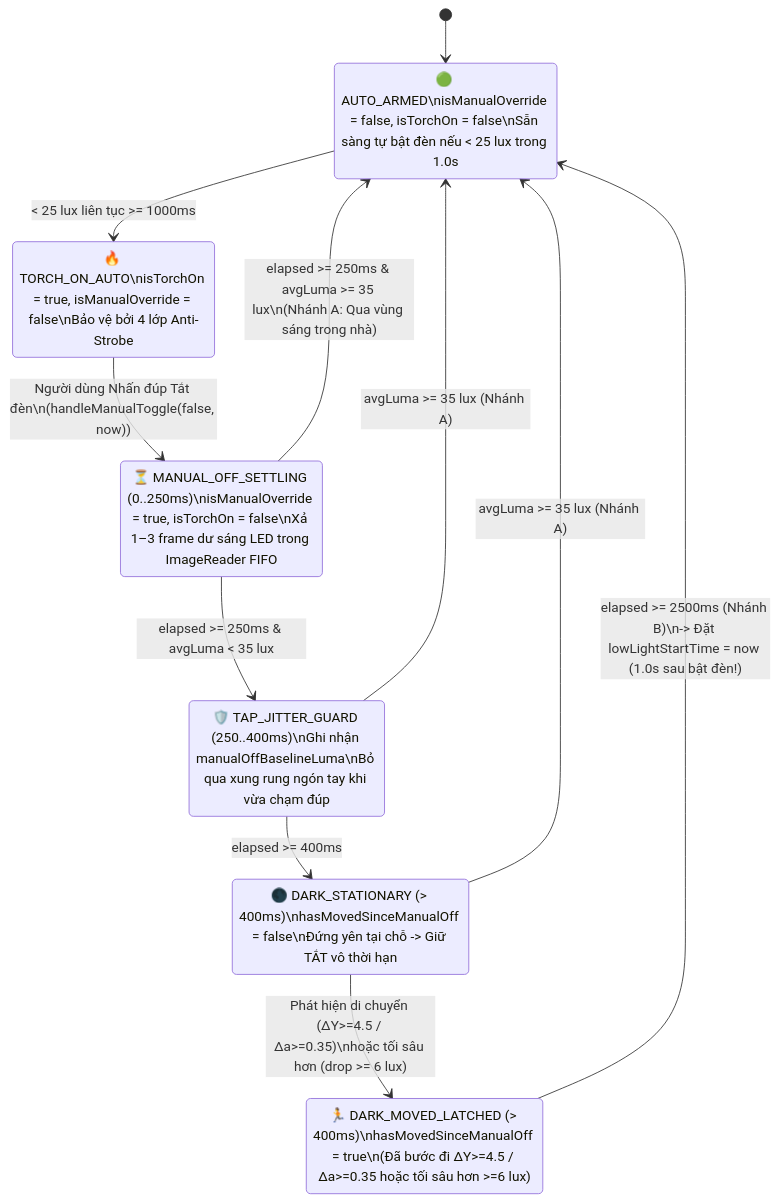
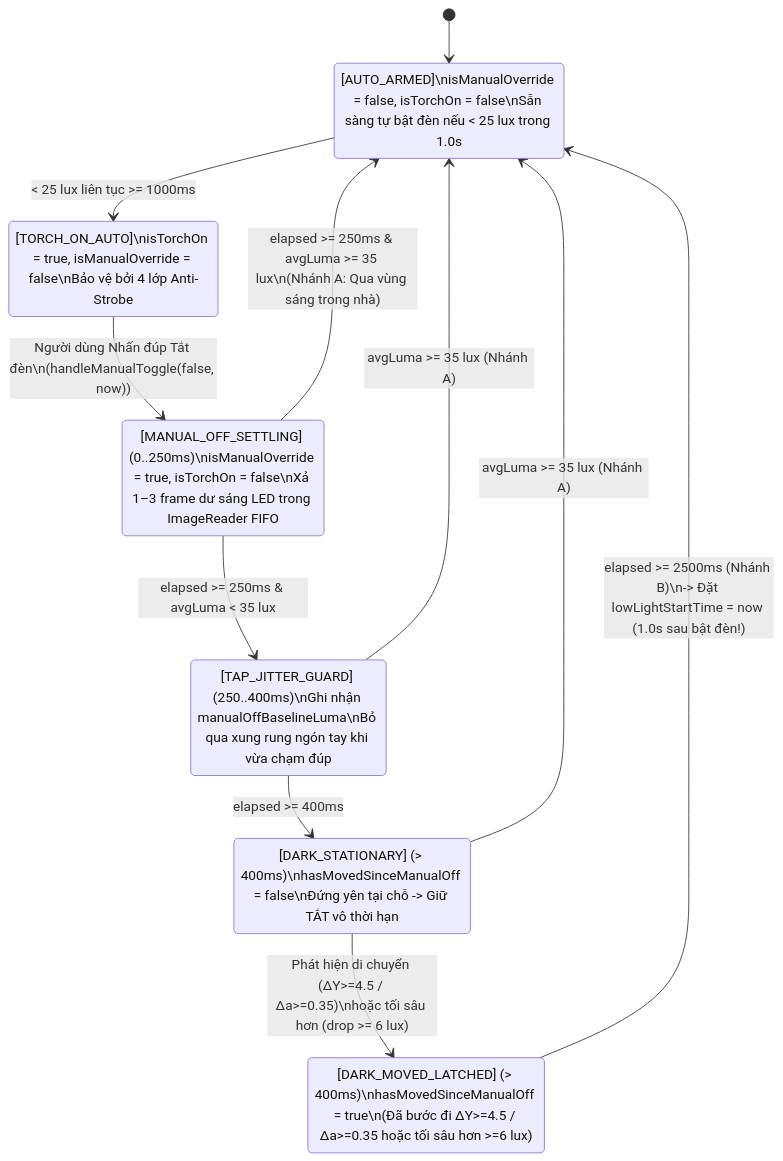
The sixth of 9 diagrams in docs/SYSTEM_ARCHITECTURE_AND_DESIGN.md (hezioquan12/vietnamese-money-vision), drawn with Mermaid before and after one commit. The commit also changed other lines of this file and 4 other files, not shown here.

Commit message:
docs: standardize technical specifications, remove sprint tickets and de-slop diagrams

````diff
--- a/docs/SYSTEM_ARCHITECTURE_AND_DESIGN.md
+++ b/docs/SYSTEM_ARCHITECTURE_AND_DESIGN.md
@@ -263,20 +263,20 @@
 ```mermaid
 stateDiagram-v2
     [*] --> AUTO_ARMED
-    AUTO_ARMED: 🟢 AUTO_ARMED\nisManualOverride = false, isTorchOn = false\nSẵn sàng tự bật đèn nếu < 25 lux trong 1.0s
-    TORCH_ON_AUTO: 🔥 TORCH_ON_AUTO\nisTorchOn = true, isManualOverride = false\nBảo vệ bởi 4 lớp Anti-Strobe
-    SETTLE_DRAIN: ⏳ MANUAL_OFF_SETTLING (0..250ms)\nisManualOverride = true, isTorchOn = false\nXả 1–3 frame dư sáng LED trong ImageReader FIFO
-    TAP_JITTER_GUARD: 🛡️ TAP_JITTER_GUARD (250..400ms)\nGhi nhận manualOffBaselineLuma\nBỏ qua xung rung ngón tay khi vừa chạm đúp
-    DARK_STATIONARY: 🌑 DARK_STATIONARY (> 400ms)\nhasMovedSinceManualOff = false\nĐứng yên tại chỗ -> Giữ TẮT vô thời hạn
-    DARK_MOVED_LATCHED: 🏃 DARK_MOVED_LATCHED (> 400ms)\nhasMovedSinceManualOff = true\n(Đã bước đi ΔY>=4.5 / Δa>=0.35 hoặc tối sâu hơn >=6 lux)
+    AUTO_ARMED: [AUTO_ARMED]\nisManualOverride = false, isTorchOn = false\nSẵn sàng tự bật đèn nếu < 25 lux trong 1.0s
+    TORCH_ON_AUTO: [TORCH_ON_AUTO]\nisTorchOn = true, isManualOverride = false\nBảo vệ bởi 4 lớp Anti-Strobe
+    SETTLE_DRAIN: [MANUAL_OFF_SETTLING] (0..250ms)\nisManualOverride = true, isTorchOn = false\nXả 1–3 frame dư sáng LED trong ImageReader FIFO
+    TAP_JITTER_GUARD: [TAP_JITTER_GUARD] (250..400ms)\nGhi nhận manualOffBaselineLuma\nBỏ qua xung rung ngón tay khi vừa chạm đúp
+    DARK_STATIONARY: [DARK_STATIONARY] (> 400ms)\nhasMovedSinceManualOff = false\nĐứng yên tại chỗ -> Giữ TẮT vô thời hạn
+    DARK_MOVED_LATCHED: [DARK_MOVED_LATCHED] (> 400ms)\nhasMovedSinceManualOff = true\n(Đã bước đi ΔY>=4.5 / Δa>=0.35 hoặc tối sâu hơn >=6 lux)
 
     AUTO_ARMED --> TORCH_ON_AUTO: < 25 lux liên tục >= 1000ms
     TORCH_ON_AUTO --> SETTLE_DRAIN: Người dùng Nhấn đúp Tắt đèn\n(handleManualToggle(false, now))
     SETTLE_DRAIN --> AUTO_ARMED: elapsed >= 250ms & avgLuma >= 35 lux\n(Nhánh A: Qua vùng sáng trong nhà)
     SETTLE_DRAIN --> TAP_JITTER_GUARD: elapsed >= 250ms & avgLuma < 35 lux
     TAP_JITTER_GUARD --> AUTO_ARMED: avgLuma >= 35 lux (Nhánh A)
     TAP_JITTER_GUARD --> DARK_STATIONARY: elapsed >= 400ms
     DARK_STATIONARY --> AUTO_ARMED: avgLuma >= 35 lux (Nhánh A)
     DARK_STATIONARY --> DARK_MOVED_LATCHED: Phát hiện di chuyển (ΔY>=4.5 / Δa>=0.35)\nhoặc tối sâu hơn (drop >= 6 lux)
     DARK_MOVED_LATCHED --> AUTO_ARMED: elapsed >= 2500ms (Nhánh B)\n-> Đặt lowLightStartTime = now (1.0s sau bật đèn!)
 ```
````
